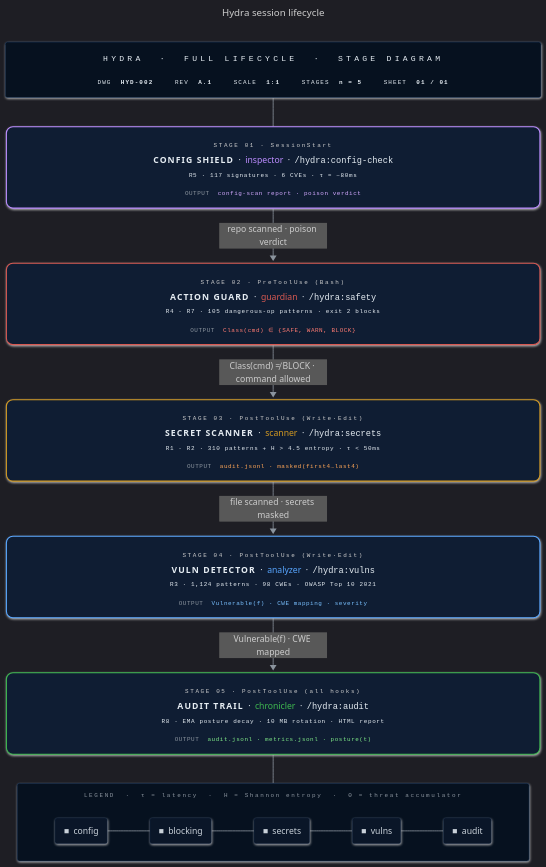
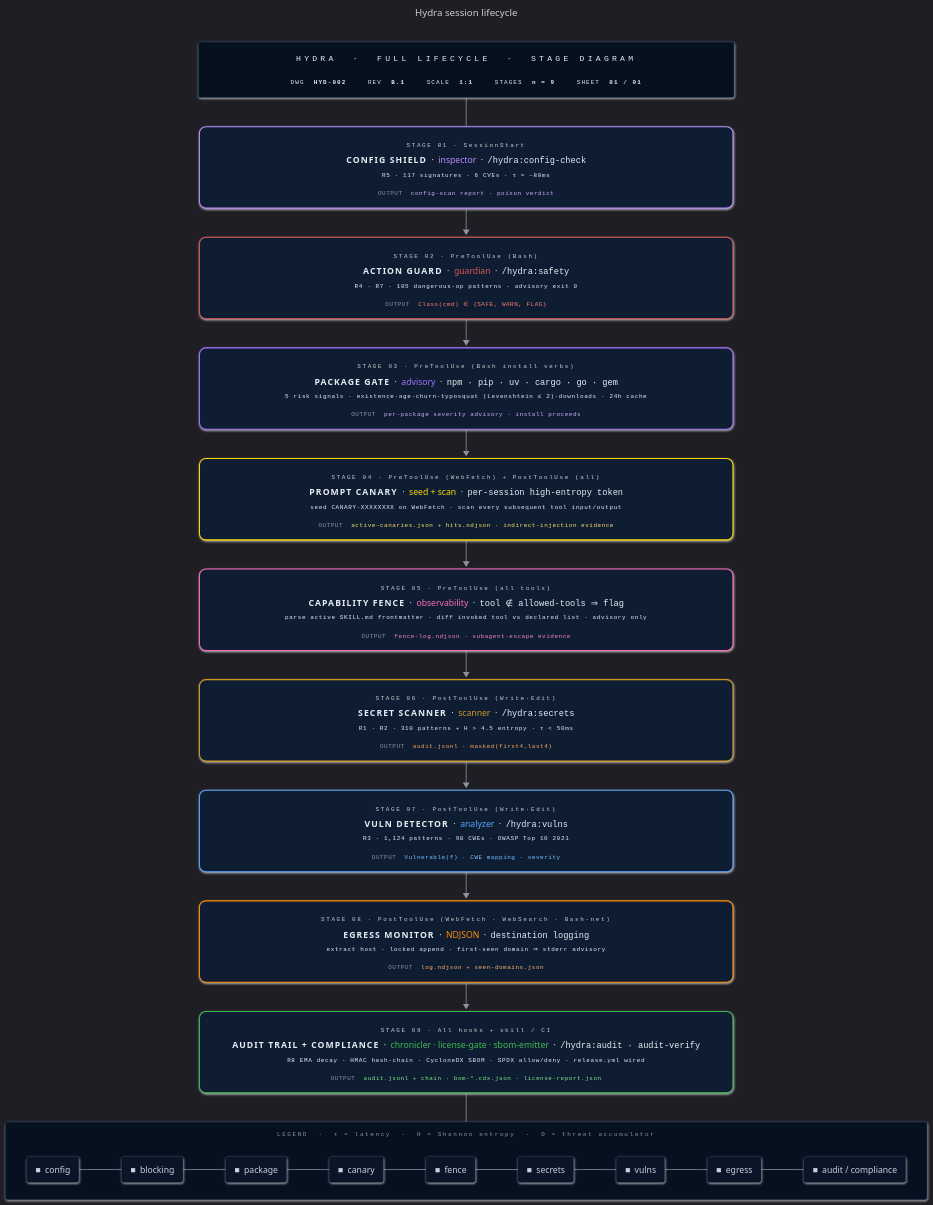
The diagram in docs/assets/lifecycle.mmd (enchanter-ai/hydra), drawn with Mermaid before and after one commit. The commit also changed 5 other files, not shown here.

First line of the commit message:
docs(diagrams): update lifecycle/pipeline/state-flow .mmd to depict 11-plugin world

```diff
--- a/docs/assets/lifecycle.mmd
+++ b/docs/assets/lifecycle.mmd
@@ -14,28 +14,40 @@
       bottom: 18
 ---
 flowchart TB
-    TitleBlock["<div style='font-family:ui-monospace,SFMono-Regular,Consolas,monospace;text-align:center;min-width:940px;padding:6px 10px;line-height:1.8'><div style='color:#58a6ff;font-size:15px;letter-spacing:6px;border-bottom:1px solid #1e3a5f;padding-bottom:10px;margin-bottom:10px'>HYDRA &nbsp;·&nbsp; FULL&nbsp;LIFECYCLE &nbsp;·&nbsp; STAGE&nbsp;DIAGRAM</div><div style='display:flex;gap:40px;justify-content:center;font-size:11px;color:#8b949e;letter-spacing:2px'><span>DWG&nbsp;&nbsp;<b style='color:#e6edf3'>HYD-002</b></span><span>REV&nbsp;&nbsp;<b style='color:#e6edf3'>A.1</b></span><span>SCALE&nbsp;&nbsp;<b style='color:#e6edf3'>1:1</b></span><span>STAGES&nbsp;&nbsp;<b style='color:#e6edf3'>n&nbsp;=&nbsp;5</b></span><span>SHEET&nbsp;&nbsp;<b style='color:#e6edf3'>01&nbsp;/&nbsp;01</b></span></div></div>"]
+    TitleBlock["<div style='font-family:ui-monospace,SFMono-Regular,Consolas,monospace;text-align:center;min-width:940px;padding:6px 10px;line-height:1.8'><div style='color:#58a6ff;font-size:15px;letter-spacing:6px;border-bottom:1px solid #1e3a5f;padding-bottom:10px;margin-bottom:10px'>HYDRA &nbsp;·&nbsp; FULL&nbsp;LIFECYCLE &nbsp;·&nbsp; STAGE&nbsp;DIAGRAM</div><div style='display:flex;gap:40px;justify-content:center;font-size:11px;color:#8b949e;letter-spacing:2px'><span>DWG&nbsp;&nbsp;<b style='color:#e6edf3'>HYD-002</b></span><span>REV&nbsp;&nbsp;<b style='color:#e6edf3'>B.1</b></span><span>SCALE&nbsp;&nbsp;<b style='color:#e6edf3'>1:1</b></span><span>STAGES&nbsp;&nbsp;<b style='color:#e6edf3'>n&nbsp;=&nbsp;9</b></span><span>SHEET&nbsp;&nbsp;<b style='color:#e6edf3'>01&nbsp;/&nbsp;01</b></span></div></div>"]
 
     A["<div style='text-align:center;min-width:940px;line-height:2;padding:4px 8px'><div><span style='font-family:ui-monospace,monospace;color:#8b949e;font-size:11px;letter-spacing:3px'>STAGE&nbsp;01&nbsp;·&nbsp;SessionStart</span></div><div style='line-height:1.8'><b style='letter-spacing:2px'>CONFIG&nbsp;SHIELD</b>&nbsp;&nbsp;·&nbsp;&nbsp;<span style='color:#bc8cff'>inspector</span>&nbsp;&nbsp;·&nbsp;&nbsp;<code style='color:#e6edf3'>/hydra:config-check</code></div><div style='color:#6e7681;font-size:11px;font-family:ui-monospace,monospace;letter-spacing:1.2px'>R5&nbsp;·&nbsp;117&nbsp;signatures&nbsp;·&nbsp;6&nbsp;CVEs&nbsp;·&nbsp;τ&nbsp;≈&nbsp;~80ms</div><div style='border-top:1px solid #1e3a5f;margin-top:6px;padding-top:6px;font-family:ui-monospace,monospace;font-size:11px;letter-spacing:1px'><span style='color:#8b949e'>OUTPUT</span>&nbsp;&nbsp;<span style='color:#d2a8ff'>config-scan report · poison verdict</span></div></div>"]
 
-    B["<div style='text-align:center;min-width:940px;line-height:2;padding:4px 8px'><div><span style='font-family:ui-monospace,monospace;color:#8b949e;font-size:11px;letter-spacing:3px'>STAGE&nbsp;02&nbsp;·&nbsp;PreToolUse&nbsp;(Bash)</span></div><div style='line-height:1.8'><b style='letter-spacing:2px'>ACTION&nbsp;GUARD</b>&nbsp;&nbsp;·&nbsp;&nbsp;<span style='color:#d75952'>guardian</span>&nbsp;&nbsp;·&nbsp;&nbsp;<code style='color:#e6edf3'>/hydra:safety</code></div><div style='color:#6e7681;font-size:11px;font-family:ui-monospace,monospace;letter-spacing:1.2px'>R4 · R7&nbsp;·&nbsp;105&nbsp;dangerous-op&nbsp;patterns&nbsp;·&nbsp;exit&nbsp;2&nbsp;blocks</div><div style='border-top:1px solid #1e3a5f;margin-top:6px;padding-top:6px;font-family:ui-monospace,monospace;font-size:11px;letter-spacing:1px'><span style='color:#8b949e'>OUTPUT</span>&nbsp;&nbsp;<span style='color:#ff7b72'>Class(cmd) ∈ {SAFE, WARN, BLOCK}</span></div></div>"]
+    B["<div style='text-align:center;min-width:940px;line-height:2;padding:4px 8px'><div><span style='font-family:ui-monospace,monospace;color:#8b949e;font-size:11px;letter-spacing:3px'>STAGE&nbsp;02&nbsp;·&nbsp;PreToolUse&nbsp;(Bash)</span></div><div style='line-height:1.8'><b style='letter-spacing:2px'>ACTION&nbsp;GUARD</b>&nbsp;&nbsp;·&nbsp;&nbsp;<span style='color:#d75952'>guardian</span>&nbsp;&nbsp;·&nbsp;&nbsp;<code style='color:#e6edf3'>/hydra:safety</code></div><div style='color:#6e7681;font-size:11px;font-family:ui-monospace,monospace;letter-spacing:1.2px'>R4 · R7&nbsp;·&nbsp;105&nbsp;dangerous-op&nbsp;patterns&nbsp;·&nbsp;advisory&nbsp;exit&nbsp;0</div><div style='border-top:1px solid #1e3a5f;margin-top:6px;padding-top:6px;font-family:ui-monospace,monospace;font-size:11px;letter-spacing:1px'><span style='color:#8b949e'>OUTPUT</span>&nbsp;&nbsp;<span style='color:#ff7b72'>Class(cmd) ∈ {SAFE, WARN, FLAG}</span></div></div>"]
 
-    C["<div style='text-align:center;min-width:940px;line-height:2;padding:4px 8px'><div><span style='font-family:ui-monospace,monospace;color:#8b949e;font-size:11px;letter-spacing:3px'>STAGE&nbsp;03&nbsp;·&nbsp;PostToolUse&nbsp;(Write·Edit)</span></div><div style='line-height:1.8'><b style='letter-spacing:2px'>SECRET&nbsp;SCANNER</b>&nbsp;&nbsp;·&nbsp;&nbsp;<span style='color:#d29922'>scanner</span>&nbsp;&nbsp;·&nbsp;&nbsp;<code style='color:#e6edf3'>/hydra:secrets</code></div><div style='color:#6e7681;font-size:11px;font-family:ui-monospace,monospace;letter-spacing:1.2px'>R1 · R2&nbsp;·&nbsp;310&nbsp;patterns&nbsp;+&nbsp;H&nbsp;&gt;&nbsp;4.5&nbsp;entropy&nbsp;·&nbsp;τ&nbsp;&lt;&nbsp;50ms</div><div style='border-top:1px solid #1e3a5f;margin-top:6px;padding-top:6px;font-family:ui-monospace,monospace;font-size:11px;letter-spacing:1px'><span style='color:#8b949e'>OUTPUT</span>&nbsp;&nbsp;<span style='color:#ffa657'>audit.jsonl · masked(first4…last4)</span></div></div>"]
+    F["<div style='text-align:center;min-width:940px;line-height:2;padding:4px 8px'><div><span style='font-family:ui-monospace,monospace;color:#8b949e;font-size:11px;letter-spacing:3px'>STAGE&nbsp;03&nbsp;·&nbsp;PreToolUse&nbsp;(Bash&nbsp;install&nbsp;verbs)</span></div><div style='line-height:1.8'><b style='letter-spacing:2px'>PACKAGE&nbsp;GATE</b>&nbsp;&nbsp;·&nbsp;&nbsp;<span style='color:#a371f7'>advisory</span>&nbsp;&nbsp;·&nbsp;&nbsp;<code style='color:#e6edf3'>npm · pip · uv · cargo · go · gem</code></div><div style='color:#6e7681;font-size:11px;font-family:ui-monospace,monospace;letter-spacing:1.2px'>5&nbsp;risk&nbsp;signals&nbsp;·&nbsp;existence·age·churn·typosquat&nbsp;(Levenshtein&nbsp;≤&nbsp;2)·downloads&nbsp;·&nbsp;24h&nbsp;cache</div><div style='border-top:1px solid #1e3a5f;margin-top:6px;padding-top:6px;font-family:ui-monospace,monospace;font-size:11px;letter-spacing:1px'><span style='color:#8b949e'>OUTPUT</span>&nbsp;&nbsp;<span style='color:#d2a8ff'>per-package severity advisory · install proceeds</span></div></div>"]
 
-    D["<div style='text-align:center;min-width:940px;line-height:2;padding:4px 8px'><div><span style='font-family:ui-monospace,monospace;color:#8b949e;font-size:11px;letter-spacing:3px'>STAGE&nbsp;04&nbsp;·&nbsp;PostToolUse&nbsp;(Write·Edit)</span></div><div style='line-height:1.8'><b style='letter-spacing:2px'>VULN&nbsp;DETECTOR</b>&nbsp;&nbsp;·&nbsp;&nbsp;<span style='color:#58a6ff'>analyzer</span>&nbsp;&nbsp;·&nbsp;&nbsp;<code style='color:#e6edf3'>/hydra:vulns</code></div><div style='color:#6e7681;font-size:11px;font-family:ui-monospace,monospace;letter-spacing:1.2px'>R3&nbsp;·&nbsp;1,124&nbsp;patterns&nbsp;·&nbsp;98&nbsp;CWEs&nbsp;·&nbsp;OWASP&nbsp;Top&nbsp;10&nbsp;2021</div><div style='border-top:1px solid #1e3a5f;margin-top:6px;padding-top:6px;font-family:ui-monospace,monospace;font-size:11px;letter-spacing:1px'><span style='color:#8b949e'>OUTPUT</span>&nbsp;&nbsp;<span style='color:#79c0ff'>Vulnerable(f) · CWE mapping · severity</span></div></div>"]
+    G["<div style='text-align:center;min-width:940px;line-height:2;padding:4px 8px'><div><span style='font-family:ui-monospace,monospace;color:#8b949e;font-size:11px;letter-spacing:3px'>STAGE&nbsp;04&nbsp;·&nbsp;PreToolUse&nbsp;(WebFetch)&nbsp;+&nbsp;PostToolUse&nbsp;(all)</span></div><div style='line-height:1.8'><b style='letter-spacing:2px'>PROMPT&nbsp;CANARY</b>&nbsp;&nbsp;·&nbsp;&nbsp;<span style='color:#ffd700'>seed&nbsp;+&nbsp;scan</span>&nbsp;&nbsp;·&nbsp;&nbsp;<code style='color:#e6edf3'>per-session high-entropy token</code></div><div style='color:#6e7681;font-size:11px;font-family:ui-monospace,monospace;letter-spacing:1.2px'>seed&nbsp;CANARY-XXXXXXXX&nbsp;on&nbsp;WebFetch&nbsp;·&nbsp;scan&nbsp;every&nbsp;subsequent&nbsp;tool&nbsp;input/output</div><div style='border-top:1px solid #1e3a5f;margin-top:6px;padding-top:6px;font-family:ui-monospace,monospace;font-size:11px;letter-spacing:1px'><span style='color:#8b949e'>OUTPUT</span>&nbsp;&nbsp;<span style='color:#ffe066'>active-canaries.json + hits.ndjson · indirect-injection evidence</span></div></div>"]
 
-    E["<div style='text-align:center;min-width:940px;line-height:2;padding:4px 8px'><div><span style='font-family:ui-monospace,monospace;color:#8b949e;font-size:11px;letter-spacing:3px'>STAGE&nbsp;05&nbsp;·&nbsp;PostToolUse&nbsp;(all&nbsp;hooks)</span></div><div style='line-height:1.8'><b style='letter-spacing:2px'>AUDIT&nbsp;TRAIL</b>&nbsp;&nbsp;·&nbsp;&nbsp;<span style='color:#3fb950'>chronicler</span>&nbsp;&nbsp;·&nbsp;&nbsp;<code style='color:#e6edf3'>/hydra:audit</code></div><div style='color:#6e7681;font-size:11px;font-family:ui-monospace,monospace;letter-spacing:1.2px'>R8&nbsp;·&nbsp;EMA&nbsp;posture&nbsp;decay&nbsp;·&nbsp;10&nbsp;MB&nbsp;rotation&nbsp;·&nbsp;HTML&nbsp;report</div><div style='border-top:1px solid #1e3a5f;margin-top:6px;padding-top:6px;font-family:ui-monospace,monospace;font-size:11px;letter-spacing:1px'><span style='color:#8b949e'>OUTPUT</span>&nbsp;&nbsp;<span style='color:#7ee787'>audit.jsonl · metrics.jsonl · posture(t)</span></div></div>"]
+    H["<div style='text-align:center;min-width:940px;line-height:2;padding:4px 8px'><div><span style='font-family:ui-monospace,monospace;color:#8b949e;font-size:11px;letter-spacing:3px'>STAGE&nbsp;05&nbsp;·&nbsp;PreToolUse&nbsp;(all&nbsp;tools)</span></div><div style='line-height:1.8'><b style='letter-spacing:2px'>CAPABILITY&nbsp;FENCE</b>&nbsp;&nbsp;·&nbsp;&nbsp;<span style='color:#ff69b4'>observability</span>&nbsp;&nbsp;·&nbsp;&nbsp;<code style='color:#e6edf3'>tool ∉ allowed-tools ⇒ flag</code></div><div style='color:#6e7681;font-size:11px;font-family:ui-monospace,monospace;letter-spacing:1.2px'>parse&nbsp;active&nbsp;SKILL.md&nbsp;frontmatter&nbsp;·&nbsp;diff&nbsp;invoked&nbsp;tool&nbsp;vs&nbsp;declared&nbsp;list&nbsp;·&nbsp;advisory&nbsp;only</div><div style='border-top:1px solid #1e3a5f;margin-top:6px;padding-top:6px;font-family:ui-monospace,monospace;font-size:11px;letter-spacing:1px'><span style='color:#8b949e'>OUTPUT</span>&nbsp;&nbsp;<span style='color:#ff85c0'>fence-log.ndjson · subagent-escape evidence</span></div></div>"]
+
+    C["<div style='text-align:center;min-width:940px;line-height:2;padding:4px 8px'><div><span style='font-family:ui-monospace,monospace;color:#8b949e;font-size:11px;letter-spacing:3px'>STAGE&nbsp;06&nbsp;·&nbsp;PostToolUse&nbsp;(Write·Edit)</span></div><div style='line-height:1.8'><b style='letter-spacing:2px'>SECRET&nbsp;SCANNER</b>&nbsp;&nbsp;·&nbsp;&nbsp;<span style='color:#d29922'>scanner</span>&nbsp;&nbsp;·&nbsp;&nbsp;<code style='color:#e6edf3'>/hydra:secrets</code></div><div style='color:#6e7681;font-size:11px;font-family:ui-monospace,monospace;letter-spacing:1.2px'>R1 · R2&nbsp;·&nbsp;310&nbsp;patterns&nbsp;+&nbsp;H&nbsp;&gt;&nbsp;4.5&nbsp;entropy&nbsp;·&nbsp;τ&nbsp;&lt;&nbsp;50ms</div><div style='border-top:1px solid #1e3a5f;margin-top:6px;padding-top:6px;font-family:ui-monospace,monospace;font-size:11px;letter-spacing:1px'><span style='color:#8b949e'>OUTPUT</span>&nbsp;&nbsp;<span style='color:#ffa657'>audit.jsonl · masked(first4…last4)</span></div></div>"]
+
+    D["<div style='text-align:center;min-width:940px;line-height:2;padding:4px 8px'><div><span style='font-family:ui-monospace,monospace;color:#8b949e;font-size:11px;letter-spacing:3px'>STAGE&nbsp;07&nbsp;·&nbsp;PostToolUse&nbsp;(Write·Edit)</span></div><div style='line-height:1.8'><b style='letter-spacing:2px'>VULN&nbsp;DETECTOR</b>&nbsp;&nbsp;·&nbsp;&nbsp;<span style='color:#58a6ff'>analyzer</span>&nbsp;&nbsp;·&nbsp;&nbsp;<code style='color:#e6edf3'>/hydra:vulns</code></div><div style='color:#6e7681;font-size:11px;font-family:ui-monospace,monospace;letter-spacing:1.2px'>R3&nbsp;·&nbsp;1,124&nbsp;patterns&nbsp;·&nbsp;98&nbsp;CWEs&nbsp;·&nbsp;OWASP&nbsp;Top&nbsp;10&nbsp;2021</div><div style='border-top:1px solid #1e3a5f;margin-top:6px;padding-top:6px;font-family:ui-monospace,monospace;font-size:11px;letter-spacing:1px'><span style='color:#8b949e'>OUTPUT</span>&nbsp;&nbsp;<span style='color:#79c0ff'>Vulnerable(f) · CWE mapping · severity</span></div></div>"]
+
+    I["<div style='text-align:center;min-width:940px;line-height:2;padding:4px 8px'><div><span style='font-family:ui-monospace,monospace;color:#8b949e;font-size:11px;letter-spacing:3px'>STAGE&nbsp;08&nbsp;·&nbsp;PostToolUse&nbsp;(WebFetch&nbsp;·&nbsp;WebSearch&nbsp;·&nbsp;Bash-net)</span></div><div style='line-height:1.8'><b style='letter-spacing:2px'>EGRESS&nbsp;MONITOR</b>&nbsp;&nbsp;·&nbsp;&nbsp;<span style='color:#ff8c00'>NDJSON</span>&nbsp;&nbsp;·&nbsp;&nbsp;<code style='color:#e6edf3'>destination logging</code></div><div style='color:#6e7681;font-size:11px;font-family:ui-monospace,monospace;letter-spacing:1.2px'>extract&nbsp;host&nbsp;·&nbsp;locked&nbsp;append&nbsp;·&nbsp;first-seen&nbsp;domain&nbsp;⇒&nbsp;stderr&nbsp;advisory</div><div style='border-top:1px solid #1e3a5f;margin-top:6px;padding-top:6px;font-family:ui-monospace,monospace;font-size:11px;letter-spacing:1px'><span style='color:#8b949e'>OUTPUT</span>&nbsp;&nbsp;<span style='color:#ffb168'>log.ndjson + seen-domains.json</span></div></div>"]
+
+    E["<div style='text-align:center;min-width:940px;line-height:2;padding:4px 8px'><div><span style='font-family:ui-monospace,monospace;color:#8b949e;font-size:11px;letter-spacing:3px'>STAGE&nbsp;09&nbsp;·&nbsp;All&nbsp;hooks&nbsp;+&nbsp;skill&nbsp;/&nbsp;CI</span></div><div style='line-height:1.8'><b style='letter-spacing:2px'>AUDIT&nbsp;TRAIL&nbsp;+&nbsp;COMPLIANCE</b>&nbsp;&nbsp;·&nbsp;&nbsp;<span style='color:#3fb950'>chronicler · license-gate · sbom-emitter</span>&nbsp;&nbsp;·&nbsp;&nbsp;<code style='color:#e6edf3'>/hydra:audit · audit-verify</code></div><div style='color:#6e7681;font-size:11px;font-family:ui-monospace,monospace;letter-spacing:1.2px'>R8&nbsp;EMA&nbsp;decay&nbsp;·&nbsp;HMAC&nbsp;hash-chain&nbsp;·&nbsp;CycloneDX&nbsp;SBOM&nbsp;·&nbsp;SPDX&nbsp;allow/deny&nbsp;·&nbsp;release.yml&nbsp;wired</div><div style='border-top:1px solid #1e3a5f;margin-top:6px;padding-top:6px;font-family:ui-monospace,monospace;font-size:11px;letter-spacing:1px'><span style='color:#8b949e'>OUTPUT</span>&nbsp;&nbsp;<span style='color:#7ee787'>audit.jsonl + chain · bom-*.cdx.json · license-report.json</span></div></div>"]
 
     subgraph Legend["<div style='font-family:ui-monospace,monospace;color:#8b949e;font-size:11px;letter-spacing:3px;min-width:940px;text-align:center'>LEGEND&nbsp;&nbsp;·&nbsp;&nbsp;τ&nbsp;=&nbsp;latency&nbsp;&nbsp;·&nbsp;&nbsp;H&nbsp;=&nbsp;Shannon&nbsp;entropy&nbsp;&nbsp;·&nbsp;&nbsp;Θ&nbsp;=&nbsp;threat&nbsp;accumulator</div>"]
         direction LR
-        lg1["<span style='color:#bc8cff'>■</span>&nbsp;&nbsp;config"] --- lg2["<span style='color:#d75952'>■</span>&nbsp;&nbsp;blocking"] --- lg3["<span style='color:#d29922'>■</span>&nbsp;&nbsp;secrets"] --- lg4["<span style='color:#58a6ff'>■</span>&nbsp;&nbsp;vulns"] --- lg5["<span style='color:#3fb950'>■</span>&nbsp;&nbsp;audit"]
+        lg1["<span style='color:#bc8cff'>■</span>&nbsp;&nbsp;config"] --- lg2["<span style='color:#d75952'>■</span>&nbsp;&nbsp;blocking"] --- lg3["<span style='color:#a371f7'>■</span>&nbsp;&nbsp;package"] --- lg4["<span style='color:#ffd700'>■</span>&nbsp;&nbsp;canary"] --- lg5["<span style='color:#ff69b4'>■</span>&nbsp;&nbsp;fence"] --- lg6["<span style='color:#d29922'>■</span>&nbsp;&nbsp;secrets"] --- lg7["<span style='color:#58a6ff'>■</span>&nbsp;&nbsp;vulns"] --- lg8["<span style='color:#ff8c00'>■</span>&nbsp;&nbsp;egress"] --- lg9["<span style='color:#3fb950'>■</span>&nbsp;&nbsp;audit / compliance"]
     end
 
     TitleBlock ~~~ A
-    A ==>|"repo scanned · poison verdict"| B
-    B ==>|"Class(cmd) ≠ BLOCK · command allowed"| C
-    C ==>|"file scanned · secrets masked"| D
-    D ==>|"Vulnerable(f) · CWE mapped"| E
+    A ==> B
+    B ==> F
+    F ==> G
+    G ==> H
+    H ==> C
+    C ==> D
+    D ==> I
+    I ==> E
     E ~~~ Legend
 
     classDef titleBlock fill:#06111f,stroke:#1e3a5f,stroke-width:1px,color:#e6edf3,rx:4,ry:4
@@ -44,12 +56,16 @@
 
     class TitleBlock titleBlock
     class Legend legend
-    class lg1,lg2,lg3,lg4,lg5 legendItem
+    class lg1,lg2,lg3,lg4,lg5,lg6,lg7,lg8,lg9 legendItem
 
     style A fill:#0f1d33,stroke:#bc8cff,stroke-width:2px,color:#e6edf3,rx:12,ry:12
     style B fill:#0f1d33,stroke:#d75952,stroke-width:2px,color:#e6edf3,rx:12,ry:12
+    style F fill:#0f1d33,stroke:#a371f7,stroke-width:2px,color:#e6edf3,rx:12,ry:12
+    style G fill:#0f1d33,stroke:#ffd700,stroke-width:2px,color:#e6edf3,rx:12,ry:12
+    style H fill:#0f1d33,stroke:#ff69b4,stroke-width:2px,color:#e6edf3,rx:12,ry:12
     style C fill:#0f1d33,stroke:#d29922,stroke-width:2px,color:#e6edf3,rx:12,ry:12
     style D fill:#0f1d33,stroke:#58a6ff,stroke-width:2px,color:#e6edf3,rx:12,ry:12
+    style I fill:#0f1d33,stroke:#ff8c00,stroke-width:2px,color:#e6edf3,rx:12,ry:12
     style E fill:#0f1d33,stroke:#3fb950,stroke-width:2px,color:#e6edf3,rx:12,ry:12
 
     linkStyle default stroke:#8b949e,stroke-width:1.5px
```
